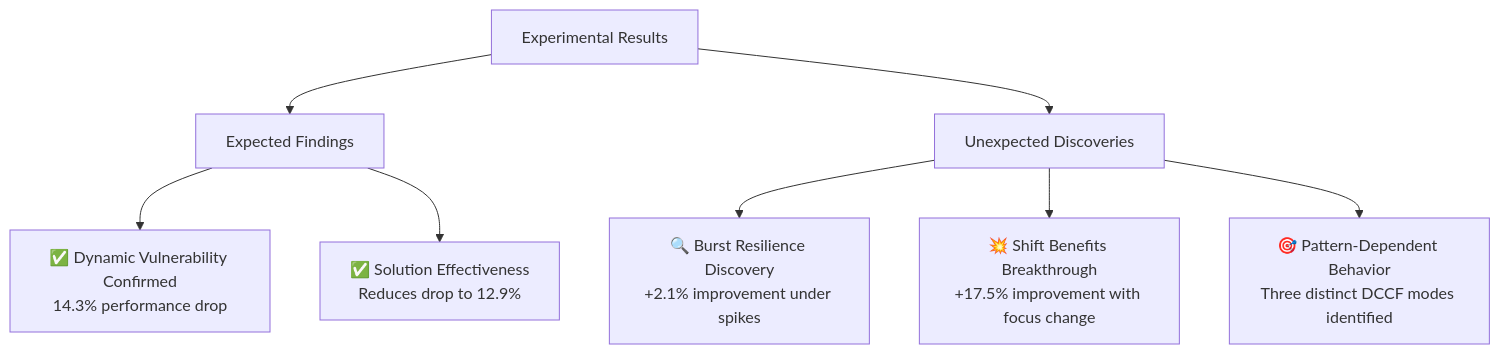
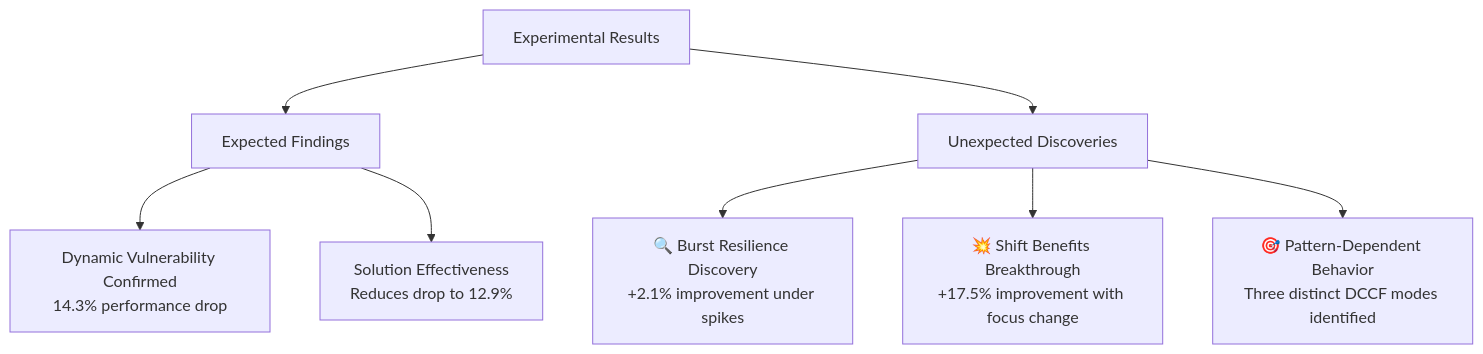
One commit to manisa1/it-thesis changed the fifth of 9 diagrams in THESIS_WORKFLOW_FLOWCHART.md. Above: the diagram before and after it, drawn with Mermaid. The commit also changed other lines of this file and 4 other files, not shown here.

````diff
--- a/THESIS_WORKFLOW_FLOWCHART.md
+++ b/THESIS_WORKFLOW_FLOWCHART.md
@@ -138,12 +138,12 @@
 ```mermaid
 flowchart TD
     A[Experimental Results] --> B[Expected Findings]
     A --> C[Unexpected Discoveries]
     
-    B --> B1[✅ Dynamic Vulnerability Confirmed<br/>14.3% performance drop]
-    B --> B2[✅ Solution Effectiveness<br/>Reduces drop to 12.9%]
+    B --> B1[ Dynamic Vulnerability Confirmed<br/>14.3% performance drop]
+    B --> B2[ Solution Effectiveness<br/>Reduces drop to 12.9%]
     
     C --> C1[🔍 Burst Resilience Discovery<br/>+2.1% improvement under spikes]
     C --> C2[💥 Shift Benefits Breakthrough<br/>+17.5% improvement with focus change]
     C --> C3[🎯 Pattern-Dependent Behavior<br/>Three distinct DCCF modes identified]
 ```
````
